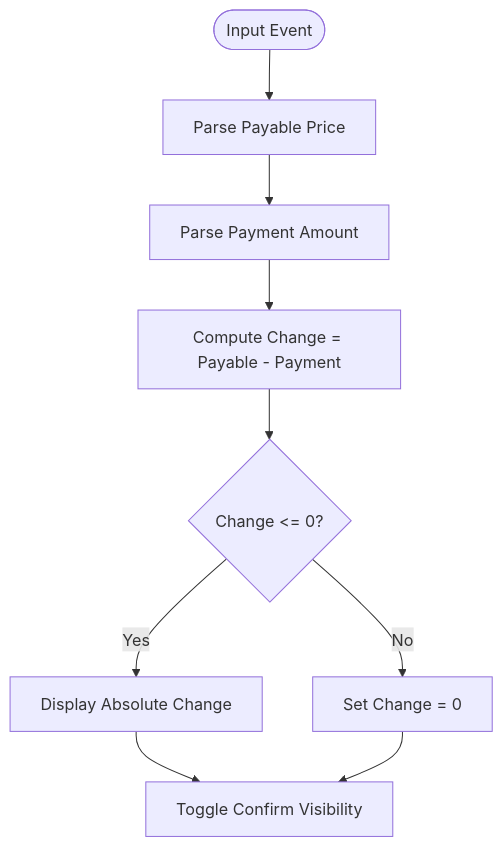
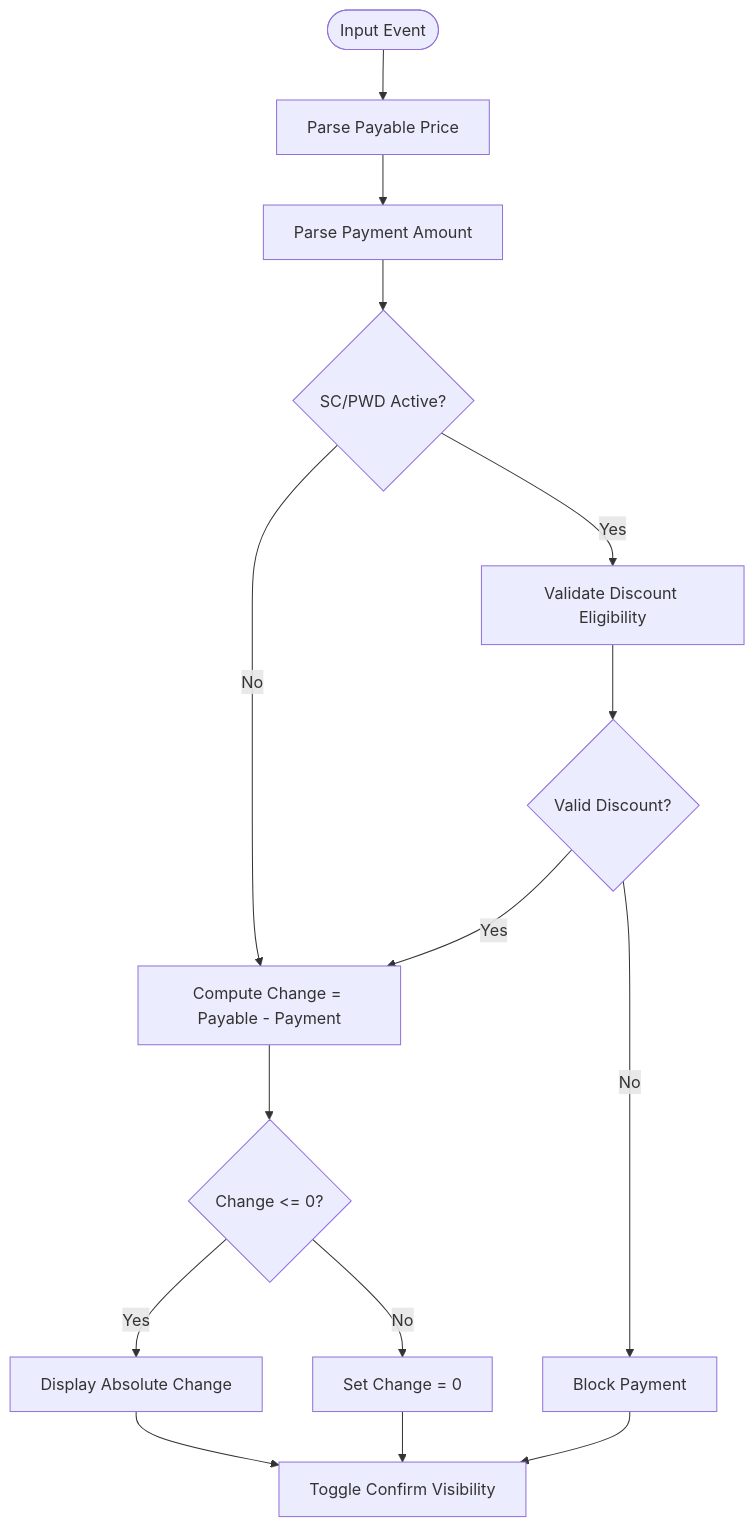
Before and after one commit to yosefdc7/PharmaPOS: the fourth of 13 diagrams in .qoder/repowiki/en/content/Frontend Interface/Checkout System.md, drawn with Mermaid. The commit also changed other lines of this file and 11 other files, not shown here.

````diff
--- a/.qoder/repowiki/en/content/Frontend Interface/Checkout System.md
+++ b/.qoder/repowiki/en/content/Frontend Interface/Checkout System.md
@@ -160,11 +245,17 @@
 ```mermaid
 flowchart TD
 PStart(["Input Event"]) --> ParsePayable["Parse Payable Price"]
 ParsePayable --> ParsePayment["Parse Payment Amount"]
-ParsePayment --> Subtract["Compute Change = Payable - Payment"]
+ParsePayment --> CheckSCPD{"SC/PWD Active?"}
+CheckSCPD --> |Yes| ValidateDiscount["Validate Discount Eligibility"]
+CheckSCPD --> |No| Subtract["Compute Change = Payable - Payment"]
+ValidateDiscount --> DiscountValid{"Valid Discount?"}
+DiscountValid --> |Yes| Subtract
+DiscountValid --> |No| BlockPayment["Block Payment"]
 Subtract --> CheckZero{"Change <= 0?"}
 CheckZero --> |Yes| ShowChange["Display Absolute Change"]
 CheckZero --> |No| ZeroChange["Set Change = 0"]
 ShowChange --> ToggleConfirm["Toggle Confirm Visibility"]
 ZeroChange --> ToggleConfirm
+BlockPayment --> ToggleConfirm
 ```
````
